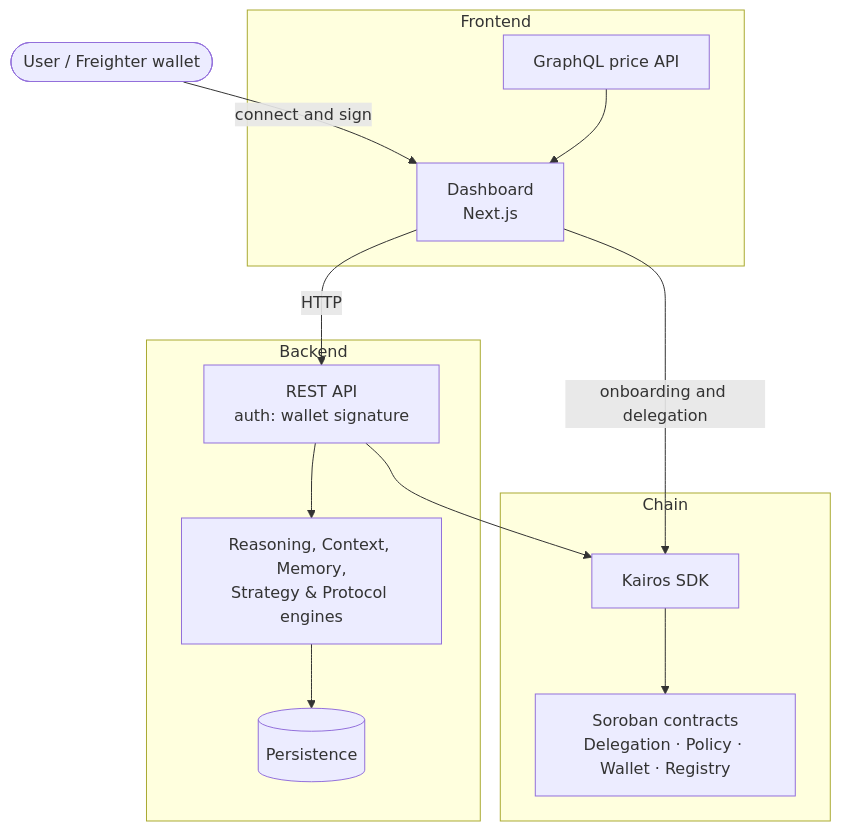
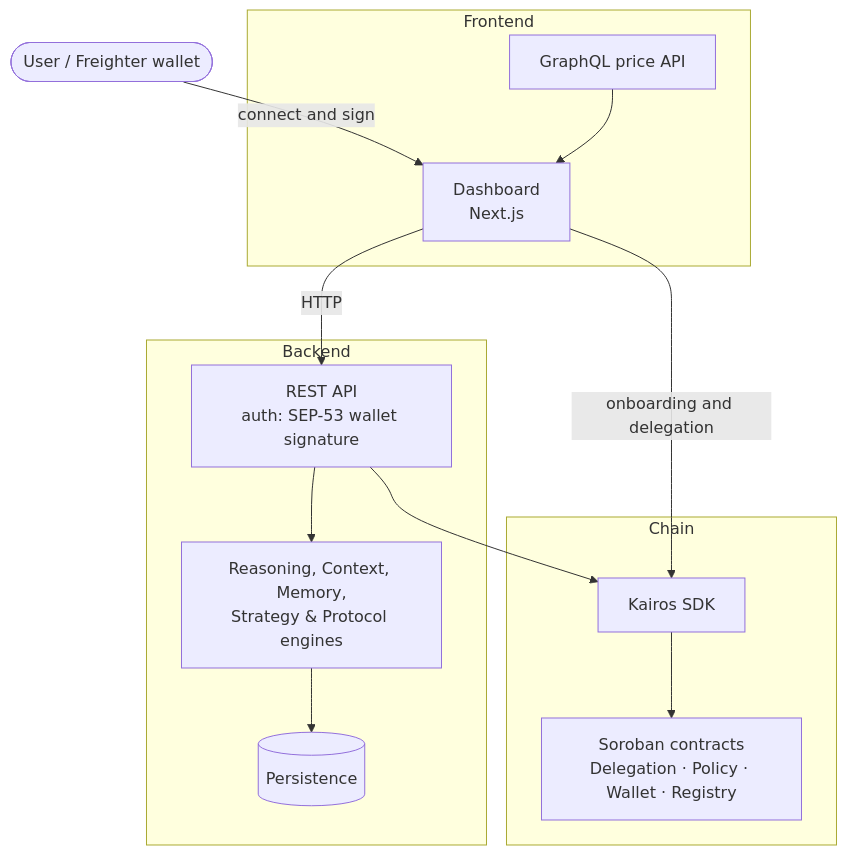
The first of 2 diagrams in README.md (wolf1276/kairos), drawn with Mermaid before and after one commit. The commit also changed other lines of this file, not shown here.

Commit message:
chore: added sep-53

````diff
--- a/README.md
+++ b/README.md
@@ -71,26 +71,26 @@
 ```mermaid
 flowchart TD
     User([User / Freighter wallet])
     subgraph Frontend
         Web[Dashboard<br/>Next.js]
         Oracle[GraphQL price API]
     end
     subgraph Backend
-        API[REST API<br/>auth: wallet signature]
+        API[REST API<br/>auth: SEP-53 wallet signature]
         Engines[Reasoning, Context, Memory,<br/>Strategy & Protocol engines]
         Store[(Persistence)]
     end
     subgraph Chain
         SDK[Kairos SDK]
         Contracts[Soroban contracts<br/>Delegation · Policy · Wallet · Registry]
     end
 
     User -->|connect and sign| Web
     Web -->|HTTP| API
     Web -->|onboarding and delegation| SDK
     Oracle --> Web
     API --> Engines
     Engines --> Store
     SDK --> Contracts
     API --> SDK
 ```
````
